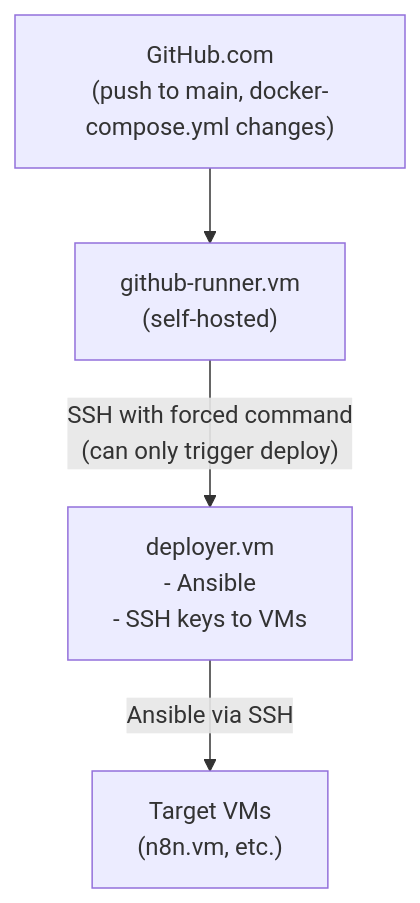
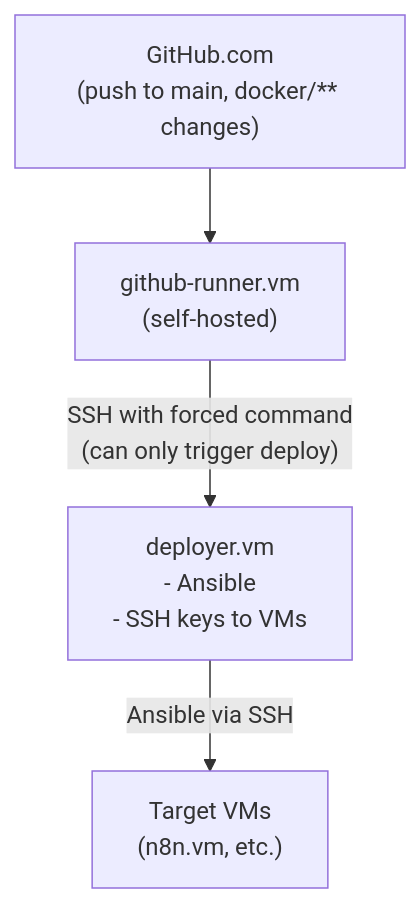
The diagram in docs/GITOPS_SETUP.md (gatanasi/server-hub), drawn with Mermaid before and after one commit. The commit also changed other lines of this file and 11 other files, not shown here.

First line of the commit message:
chore: Harden self-hosted GitHub Actions Runner VM (#346)

````diff
--- a/docs/GITOPS_SETUP.md
+++ b/docs/GITOPS_SETUP.md
@@ -9,6 +9,6 @@
 ```mermaid
 flowchart TD
-    A["GitHub.com<br/>(push to main, docker-compose.yml changes)"] --> B["github-runner.vm<br/>(self-hosted)"]
+    A["GitHub.com<br/>(push to main, docker/** changes)"] --> B["github-runner.vm<br/>(self-hosted)"]
     B -- "SSH with forced command<br/>(can only trigger deploy)" --> C["deployer.vm<br/>- Ansible<br/>- SSH keys to VMs"]
     C -- "Ansible via SSH" --> D["Target VMs<br/>(n8n.vm, etc.)"]
 ```
````
